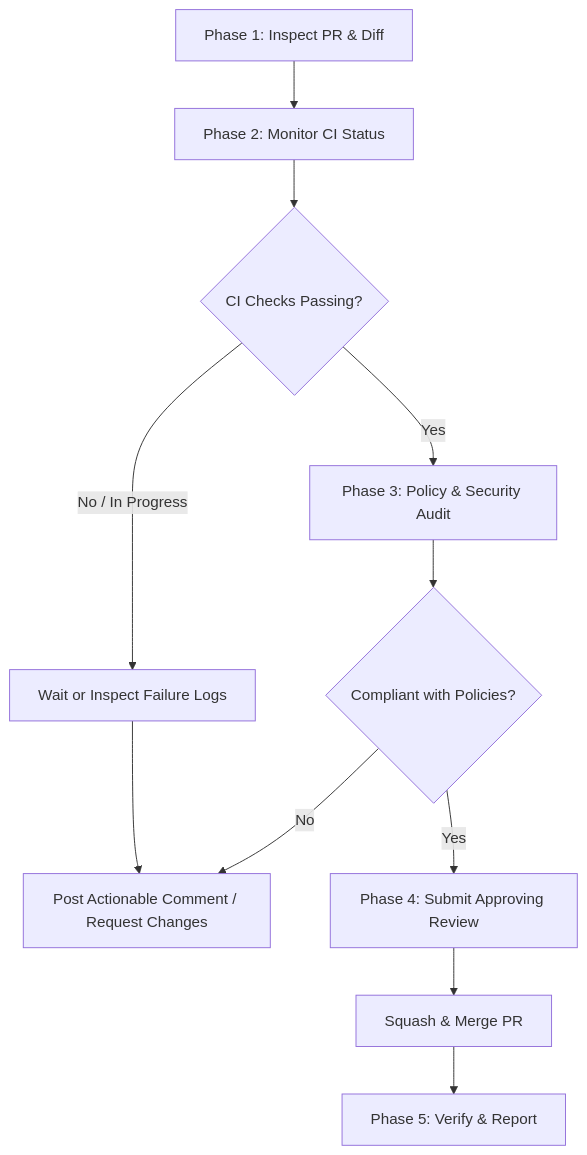
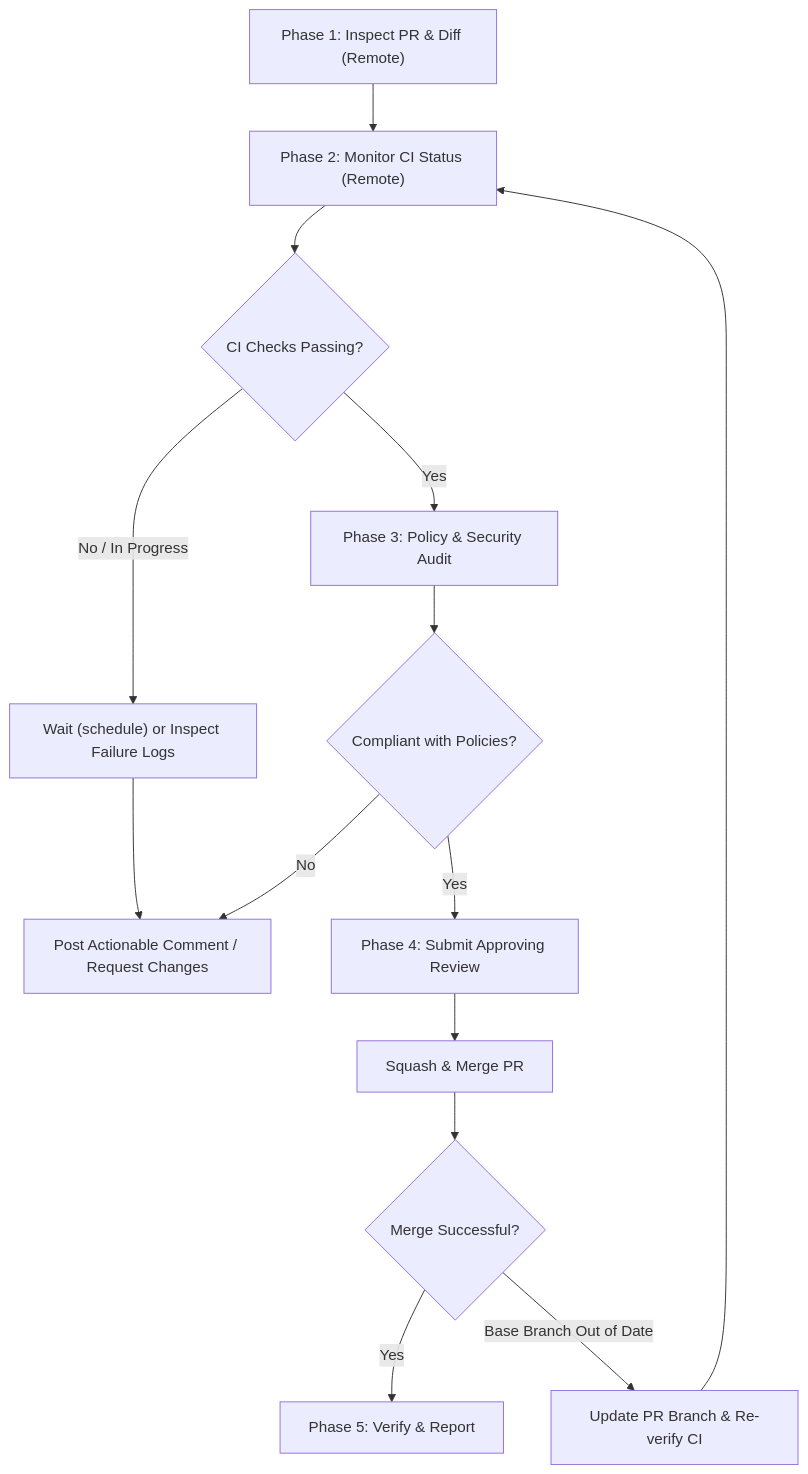
Before and after one commit to GoogleCloudPlatform/dataflow-solution-guides: the diagram in .agents/skills/pr-review/SKILL.md, drawn with Mermaid. The commit also changed other lines of this file and 1 other file, not shown here.

````diff
--- a/.agents/skills/pr-review/SKILL.md
+++ b/.agents/skills/pr-review/SKILL.md
@@ -77,13 +82,16 @@
 ```mermaid
 flowchart TD
-    A["Phase 1: Inspect PR & Diff"] --> B["Phase 2: Monitor CI Status"]
+    A["Phase 1: Inspect PR & Diff (Remote)"] --> B["Phase 2: Monitor CI Status (Remote)"]
     B --> C{"CI Checks Passing?"}
-    C -- "No / In Progress" --> D["Wait or Inspect Failure Logs"]
+    C -- "No / In Progress" --> D["Wait (schedule) or Inspect Failure Logs"]
     D --> E["Post Actionable Comment / Request Changes"]
     C -- "Yes" --> F["Phase 3: Policy & Security Audit"]
     F --> G{"Compliant with Policies?"}
     G -- "No" --> E
     G -- "Yes" --> H["Phase 4: Submit Approving Review"]
     H --> I["Squash & Merge PR"]
-    I --> J["Phase 5: Verify & Report"]
+    I --> J{"Merge Successful?"}
+    J -- "Yes" --> K["Phase 5: Verify & Report"]
+    J -- "Base Branch Out of Date" --> L["Update PR Branch & Re-verify CI"]
+    L --> B
 ```
````
